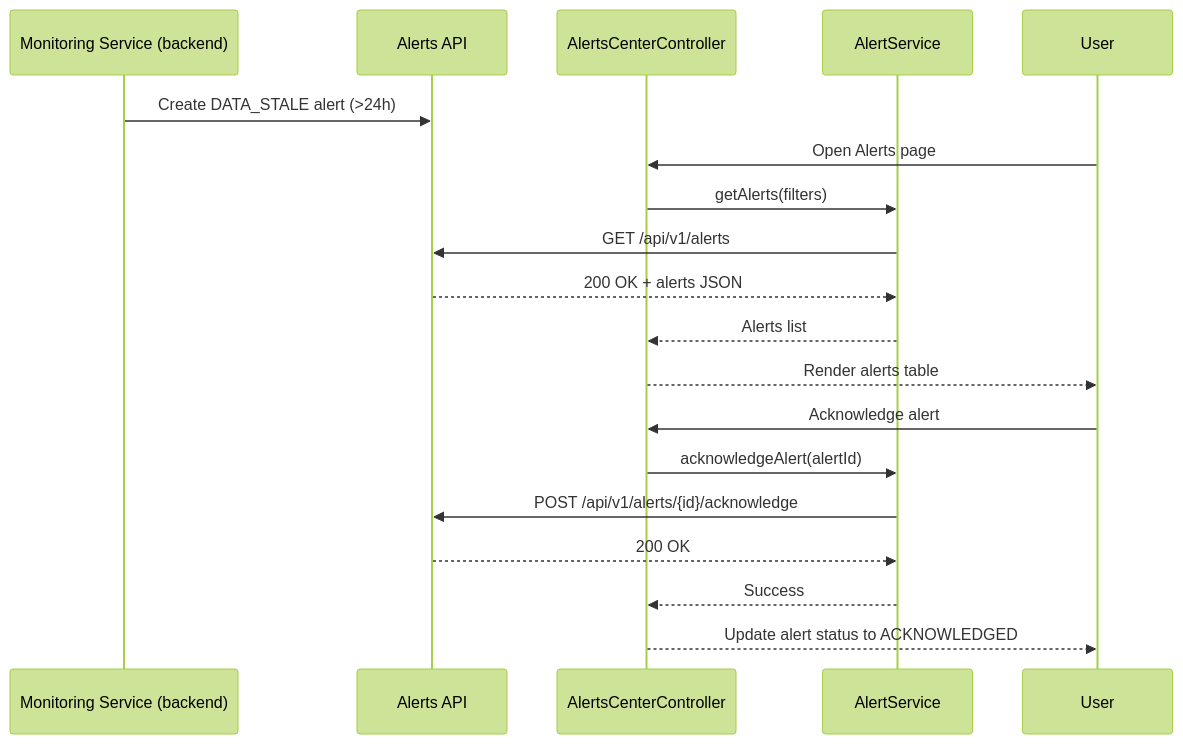
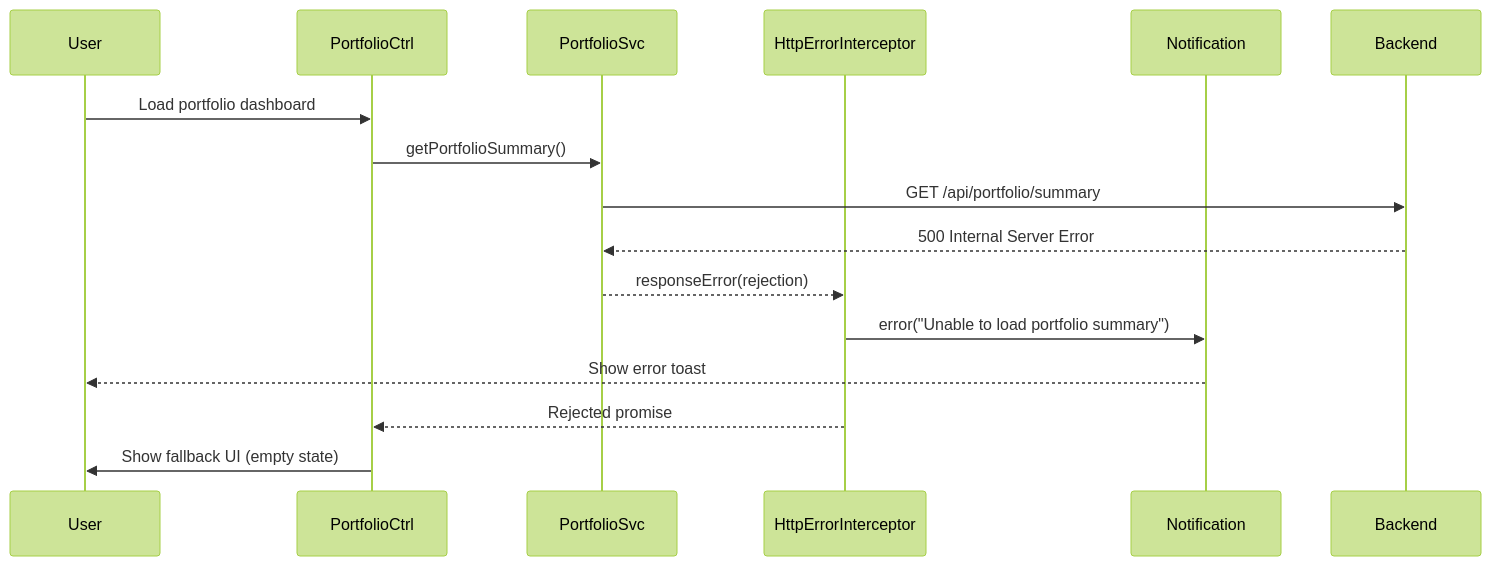
The fourth of 4 diagrams in LLD/QE-4785_LLD.md (Davamani-git/APB_Demo), drawn with Mermaid (forest theme) before and after one commit. The commit also changed other lines of this file, not shown here.

````diff
--- a/LLD/QE-4785_LLD.md
+++ b/LLD/QE-4785_LLD.md
@@ -782,22 +930,19 @@
 ```mermaid
 sequenceDiagram
-  participant Monitor as Monitoring Service (backend)
-  participant API as Alerts API
-  participant C as AlertsCenterController
-  participant S as AlertService
-  participant U as User
+  participant User
+  participant PortfolioCtrl
+  participant PortfolioSvc
+  participant HttpInt as HttpErrorInterceptor
+  participant Notification
+  participant Backend
 
-  Monitor->>API: Create DATA_STALE alert (>24h)
-  U->>C: Open Alerts page
-  C->>S: getAlerts(filters)
-  S->>API: GET /api/v1/alerts
-  API-->>S: 200 OK + alerts JSON
-  S-->>C: Alerts list
-  C-->>U: Render alerts table
-  U->>C: Acknowledge alert
-  C->>S: acknowledgeAlert(alertId)
-  S->>API: POST /api/v1/alerts/{id}/acknowledge
-  API-->>S: 200 OK
-  S-->>C: Success
-  C-->>U: Update alert status to ACKNOWLEDGED
+  User->>PortfolioCtrl: Load portfolio dashboard
+  PortfolioCtrl->>PortfolioSvc: getPortfolioSummary()
+  PortfolioSvc->>Backend: GET /api/portfolio/summary
+  Backend-->>PortfolioSvc: 500 Internal Server Error
+  PortfolioSvc-->>HttpInt: responseError(rejection)
+  HttpInt->>Notification: error("Unable to load portfolio summary")
+  Notification-->>User: Show error toast
+  HttpInt-->>PortfolioCtrl: Rejected promise
+  PortfolioCtrl->>User: Show fallback UI (empty state)
 ```
````
